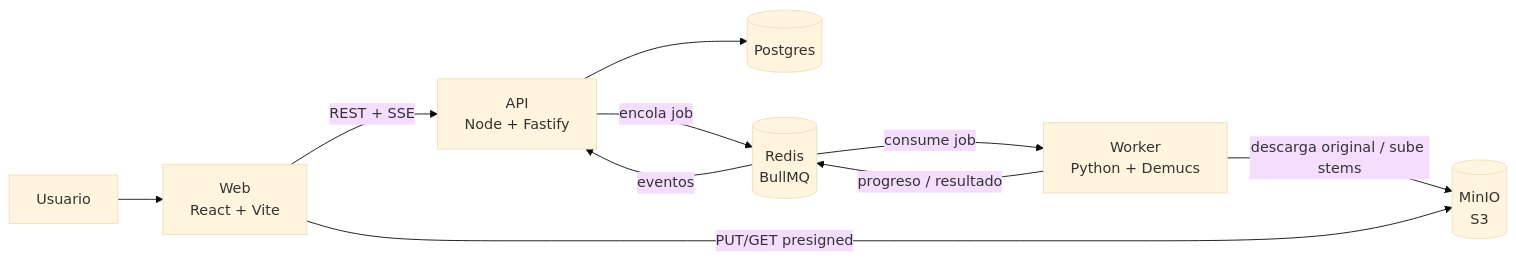
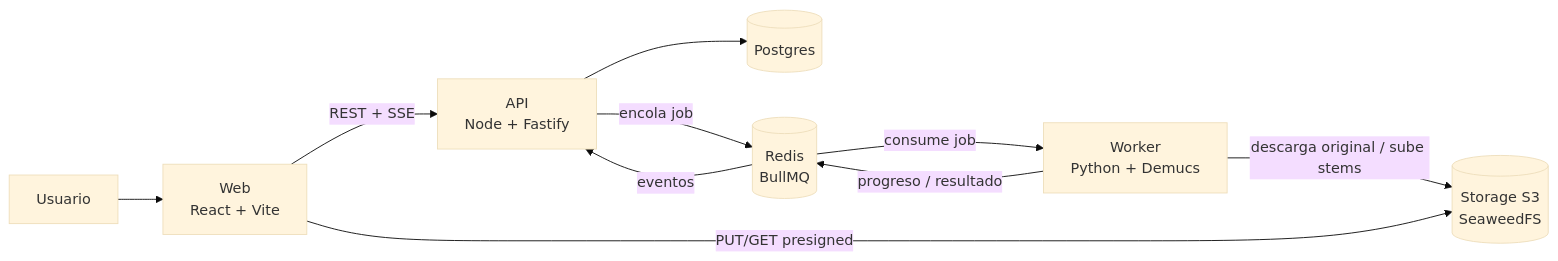
Before and after one commit to llOrtegall/unmix: the first of 2 diagrams in docs/01-architecture.md, drawn with Mermaid (base theme). The commit also changed other lines of this file and 7 other files, not shown here.

````diff
--- a/docs/01-architecture.md
+++ b/docs/01-architecture.md
@@ -5,12 +5,12 @@
 ```mermaid
 flowchart LR
   U[Usuario] --> W[Web<br/>React + Vite]
   W -- REST + SSE --> A[API<br/>Node + Fastify]
-  W -- PUT/GET presigned --> M[(MinIO<br/>S3)]
+  W -- PUT/GET presigned --> M[(Storage S3<br/>SeaweedFS)]
   A --> P[(Postgres)]
   A -- encola job --> R[(Redis<br/>BullMQ)]
   R -- consume job --> K[Worker<br/>Python + Demucs]
   K -- descarga original / sube stems --> M
   K -- progreso / resultado --> R
   R -- eventos --> A
 ```
````
